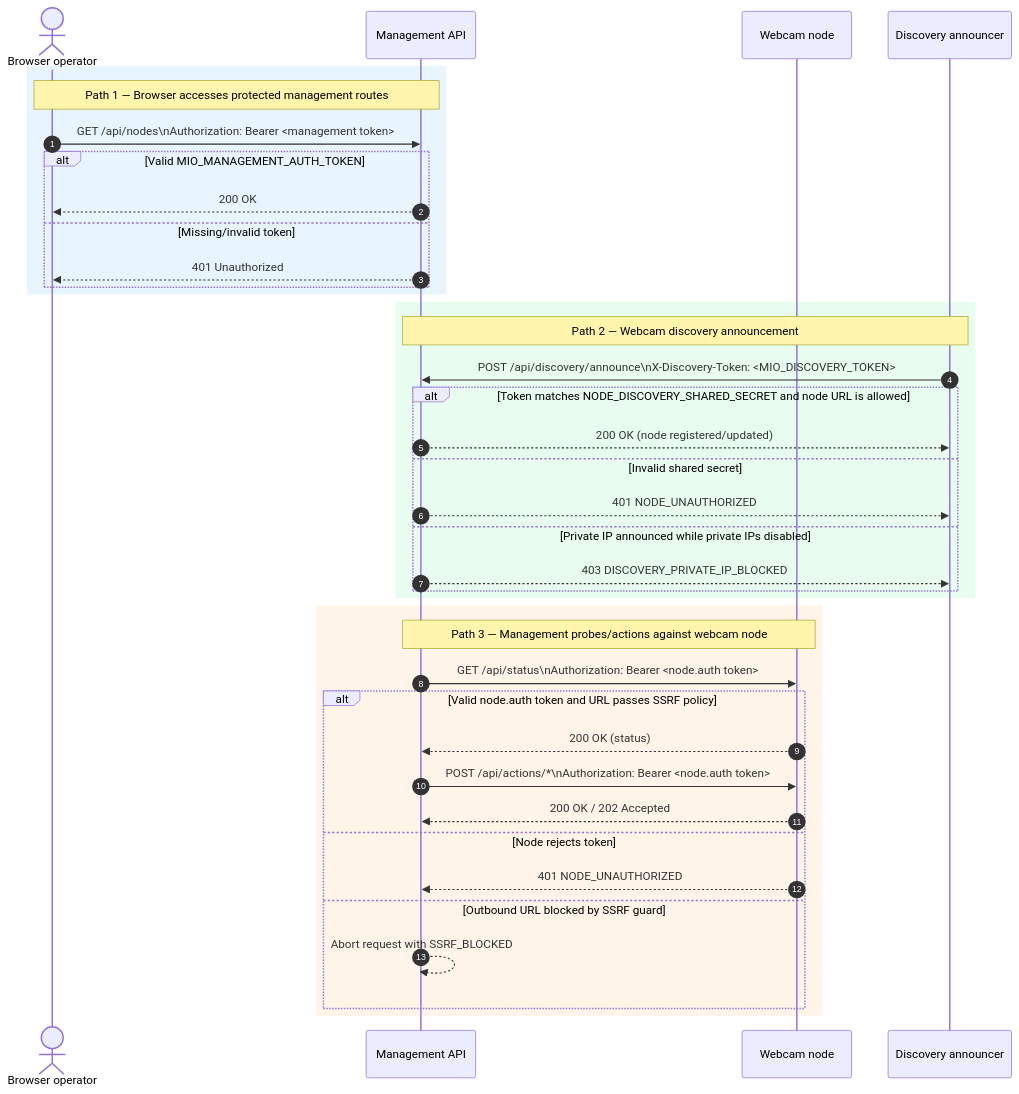
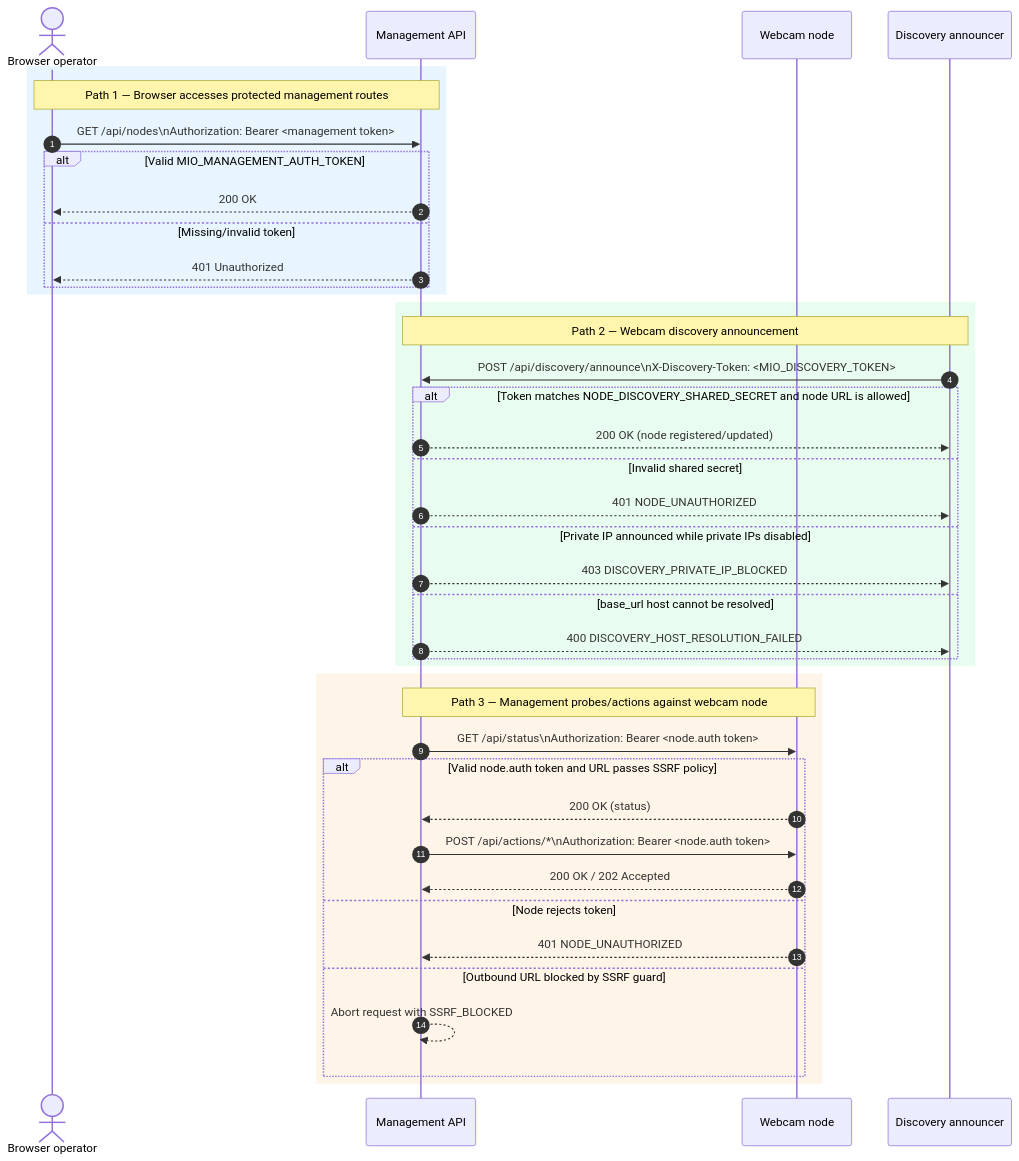
Before and after one commit to CyanAutomation/motioninocean: the first of 2 diagrams in docs/guides/DEPLOYMENT.md, drawn with Mermaid. The commit also changed other lines of this file and 2 other files, not shown here.

Commit message:
[management] Reject discovery announcements with unresolved hosts (#531)

````diff
--- a/docs/guides/DEPLOYMENT.md
+++ b/docs/guides/DEPLOYMENT.md
@@ -180,44 +181,46 @@
 ```mermaid
 sequenceDiagram
     autonumber
     actor Browser as Browser operator
     participant Mgmt as Management API
     participant Webcam as Webcam node
     participant Discovery as Discovery announcer
 
     rect rgb(232, 245, 255)
         Note over Browser,Mgmt: Path 1 — Browser accesses protected management routes
         Browser->>Mgmt: GET /api/nodes\nAuthorization: Bearer <management token>
         alt Valid MIO_MANAGEMENT_AUTH_TOKEN
             Mgmt-->>Browser: 200 OK
         else Missing/invalid token
             Mgmt-->>Browser: 401 Unauthorized
         end
     end
 
     rect rgb(233, 252, 240)
         Note over Discovery,Mgmt: Path 2 — Webcam discovery announcement
         Discovery->>Mgmt: POST /api/discovery/announce\nX-Discovery-Token: <MIO_DISCOVERY_TOKEN>
         alt Token matches NODE_DISCOVERY_SHARED_SECRET and node URL is allowed
             Mgmt-->>Discovery: 200 OK (node registered/updated)
         else Invalid shared secret
             Mgmt-->>Discovery: 401 NODE_UNAUTHORIZED
         else Private IP announced while private IPs disabled
             Mgmt-->>Discovery: 403 DISCOVERY_PRIVATE_IP_BLOCKED
+        else base_url host cannot be resolved
+            Mgmt-->>Discovery: 400 DISCOVERY_HOST_RESOLUTION_FAILED
         end
     end
 
     rect rgb(255, 244, 232)
         Note over Mgmt,Webcam: Path 3 — Management probes/actions against webcam node
         Mgmt->>Webcam: GET /api/status\nAuthorization: Bearer <node.auth token>
         alt Valid node.auth token and URL passes SSRF policy
             Webcam-->>Mgmt: 200 OK (status)
             Mgmt->>Webcam: POST /api/actions/*\nAuthorization: Bearer <node.auth token>
             Webcam-->>Mgmt: 200 OK / 202 Accepted
         else Node rejects token
             Webcam-->>Mgmt: 401 NODE_UNAUTHORIZED
         else Outbound URL blocked by SSRF guard
             Mgmt-->>Mgmt: Abort request with SSRF_BLOCKED
         end
     end
 ```
````
